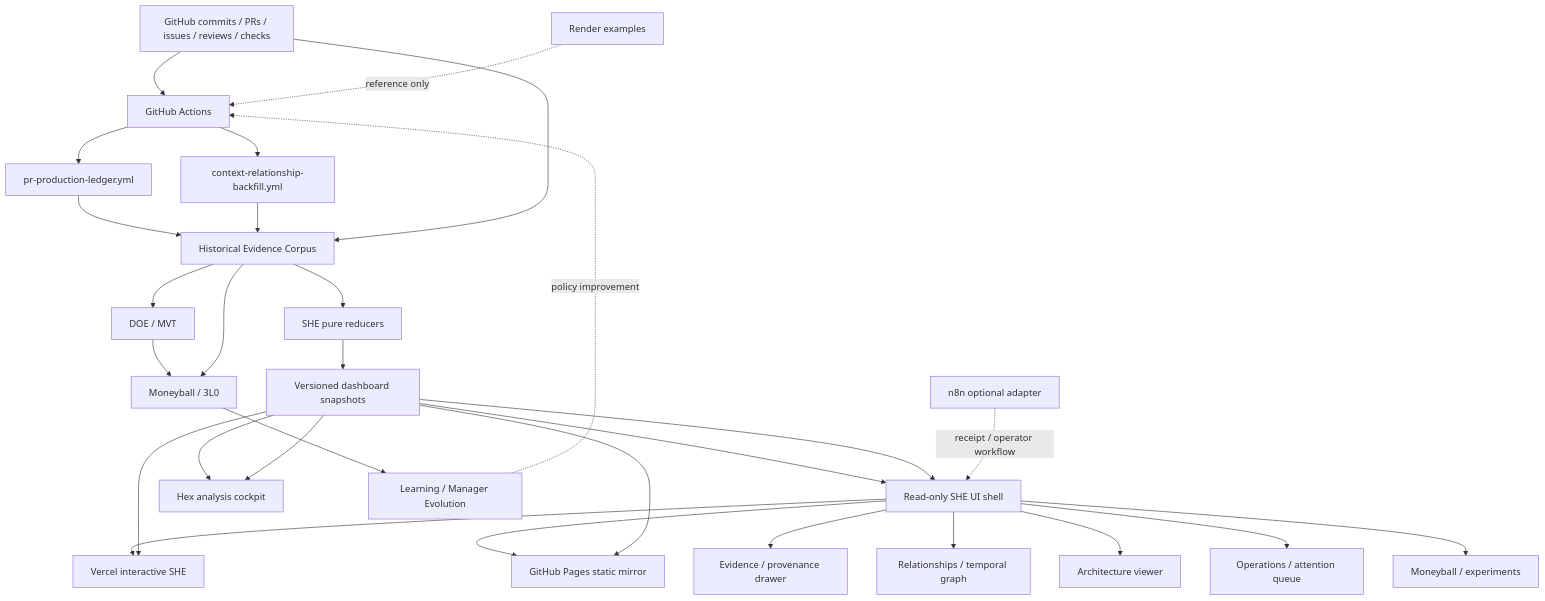
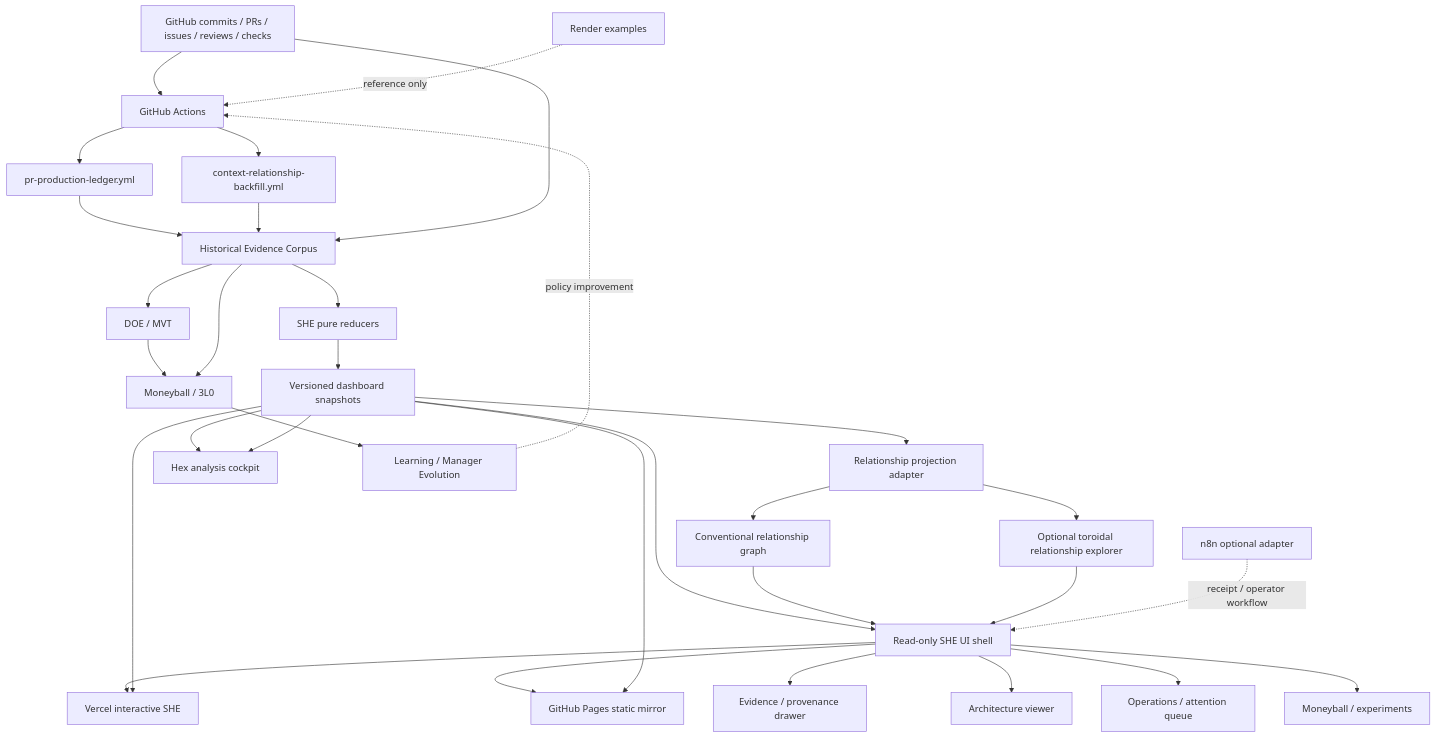
Before and after one commit to timerloggedout-spec/termux-monorepo: the diagram in docs/ops/SHE-DASHBOARD-ARCHITECTURE.mmd, drawn with Mermaid. The commit also changed other lines of this file, not shown here.

Commit message:
docs(she): add optional toroidal relationship projection

````diff
--- a/docs/ops/SHE-DASHBOARD-ARCHITECTURE.mmd
+++ b/docs/ops/SHE-DASHBOARD-ARCHITECTURE.mmd
@@ -3,46 +3,50 @@
 ```mermaid
 flowchart TD
     GH[GitHub commits / PRs / issues / reviews / checks]
     ACT[GitHub Actions]
     LED[pr-production-ledger.yml]
     BACK[context-relationship-backfill.yml]
     CORPUS[Historical Evidence Corpus]
     RED[SHE pure reducers]
     SNAP[Versioned dashboard snapshots]
+    PROJ[Relationship projection adapter]
     SNAP --> UI[Read-only SHE UI shell]
     UI --> VERCEL[Vercel interactive SHE]
     UI --> PAGES[GitHub Pages static mirror]
     HEX[Hex analysis cockpit]
     MVT[DOE / MVT]
     MB[Moneyball / 3L0]
     LEARN[Learning / Manager Evolution]
 
     GH --> ACT
     ACT --> LED
     ACT --> BACK
     LED --> CORPUS
     BACK --> CORPUS
     GH --> CORPUS
     CORPUS --> RED
     RED --> SNAP
-    SNAP --> UI
+    SNAP --> PROJ
+    PROJ --> GRAPH[Conventional relationship graph]
+    PROJ --> TORUS[Optional toroidal relationship explorer]
+    GRAPH --> UI
+    TORUS --> UI
     SNAP --> HEX
     UI --> PROV[Evidence / provenance drawer]
-    UI --> GRAPH[Relationships / temporal graph]
     UI --> ARCH[Architecture viewer]
     UI --> OPS[Operations / attention queue]
     UI --> MBUI[Moneyball / experiments]
     N8N[n8n optional adapter]
     N8N -. receipt / operator workflow .-> UI
     SNAP --> VERCEL
     SNAP --> PAGES
     SNAP --> HEX
     CORPUS --> MVT
     MVT --> MB
     CORPUS --> MB
     MB --> LEARN
     LEARN -. policy improvement .-> ACT
 
     RENDER[Render examples]
     RENDER -. reference only .-> ACT
 ```
````
